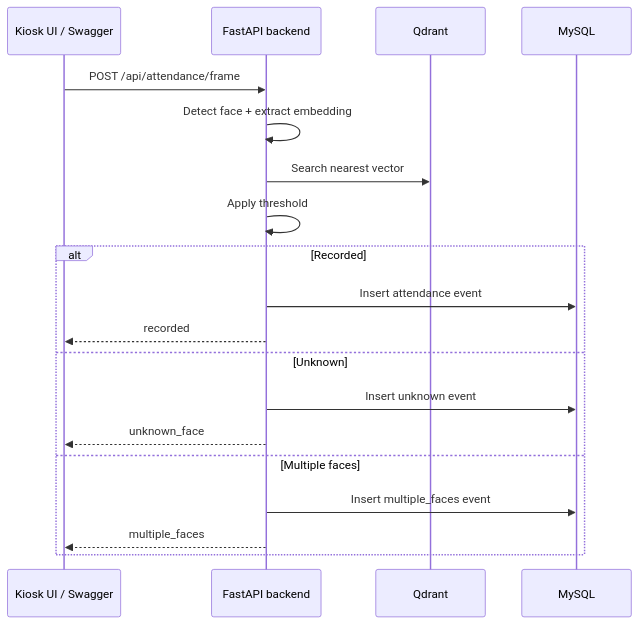
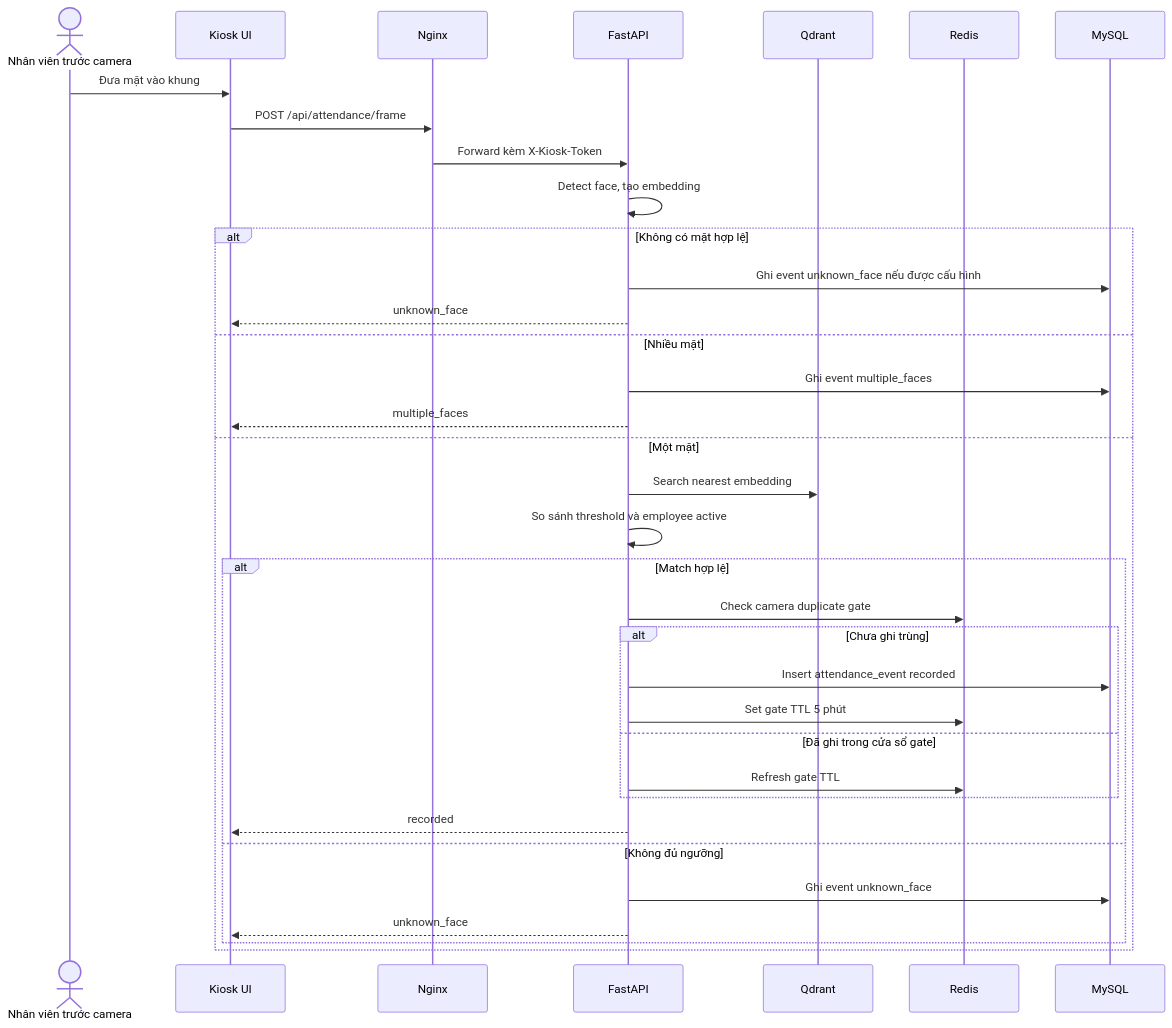
The fourth of 6 diagrams in docs/diagrams.md (nguyenthanhlam2812/BTL_2526II_AIT3004_2-facial-recognition-system), drawn with Mermaid before and after one commit. The commit also changed other lines of this file and 11 other files, not shown here.

````diff
--- a/docs/diagrams.md
+++ b/docs/diagrams.md
@@ -58,23 +110,39 @@
 ```mermaid
 sequenceDiagram
-    participant Kiosk as Kiosk UI / Swagger
-    participant Backend as FastAPI backend
+    actor Person as Nhân viên trước camera
+    participant Kiosk as Kiosk UI
+    participant Nginx as Nginx
+    participant API as FastAPI
     participant Qdrant as Qdrant
+    participant Redis as Redis
     participant MySQL as MySQL
 
-    Kiosk->>Backend: POST /api/attendance/frame
-    Backend->>Backend: Detect face + extract embedding
-    Backend->>Qdrant: Search nearest vector
-    Backend->>Backend: Apply threshold
+    Person->>Kiosk: Đưa mặt vào khung
+    Kiosk->>Nginx: POST /api/attendance/frame
+    Nginx->>API: Forward kèm X-Kiosk-Token
+    API->>API: Detect face, tạo embedding
 
-    alt Recorded
-        Backend->>MySQL: Insert attendance event
-        Backend-->>Kiosk: recorded
-    else Unknown
-        Backend->>MySQL: Insert unknown event
-        Backend-->>Kiosk: unknown_face
-    else Multiple faces
-        Backend->>MySQL: Insert multiple_faces event
-        Backend-->>Kiosk: multiple_faces
+    alt Không có mặt hợp lệ
+        API->>MySQL: Ghi event unknown_face nếu được cấu hình
+        API-->>Kiosk: unknown_face
+    else Nhiều mặt
+        API->>MySQL: Ghi event multiple_faces
+        API-->>Kiosk: multiple_faces
+    else Một mặt
+        API->>Qdrant: Search nearest embedding
+        API->>API: So sánh threshold và employee active
+        alt Match hợp lệ
+            API->>Redis: Check camera duplicate gate
+            alt Chưa ghi trùng
+                API->>MySQL: Insert attendance_event recorded
+                API->>Redis: Set gate TTL 5 phút
+            else Đã ghi trong cửa sổ gate
+                API->>Redis: Refresh gate TTL
+            end
+            API-->>Kiosk: recorded
+        else Không đủ ngưỡng
+            API->>MySQL: Ghi event unknown_face
+            API-->>Kiosk: unknown_face
+        end
     end
 ```
````
